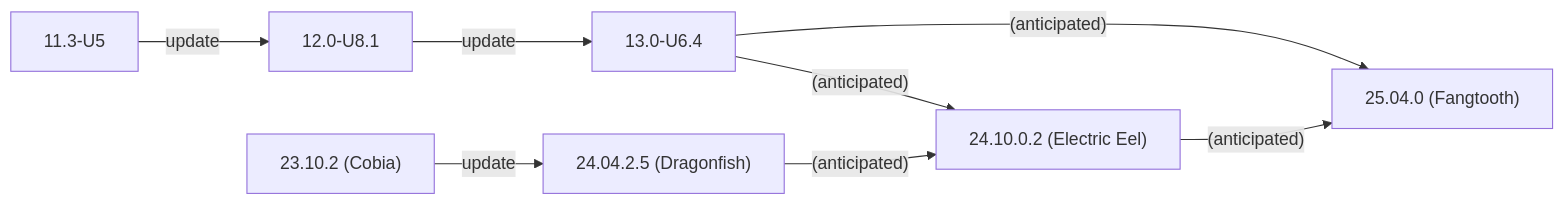
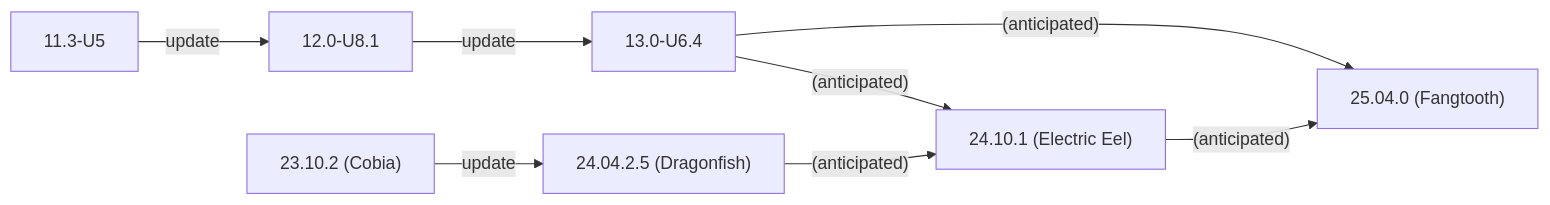
The second of 2 diagrams in static/includes/SCALEUpgradePaths.md (truenas/documentation), drawn with Mermaid before and after one commit. The commit also changed other lines of this file and 4 other files, not shown here.

```diff
--- a/static/includes/SCALEUpgradePaths.md
+++ b/static/includes/SCALEUpgradePaths.md
@@ -81,11 +81,11 @@
           {{< mermaid class="mermaid_sizing" >}}
           flowchart LR
             A["11.3-U5"] -->|update| B
             B["12.0-U8.1"] -->|update| C
             C["13.0-U6.4"] -->|"(anticipated)"| F
             C["13.0-U6.4"] -->|"(anticipated)"| G
             D["23.10.2 (Cobia)"] -->|update| E
             E["24.04.2.5 (Dragonfish)"]  -->|"(anticipated)"| F
-            F["24.10.0.2 (Electric Eel)"] -->|"(anticipated)"| G
+            F["24.10.1 (Electric Eel)"] -->|"(anticipated)"| G
             G["25.04.0 (Fangtooth)"]
           {{< /mermaid >}}
```
